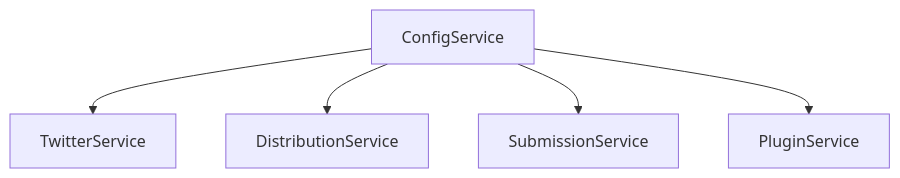
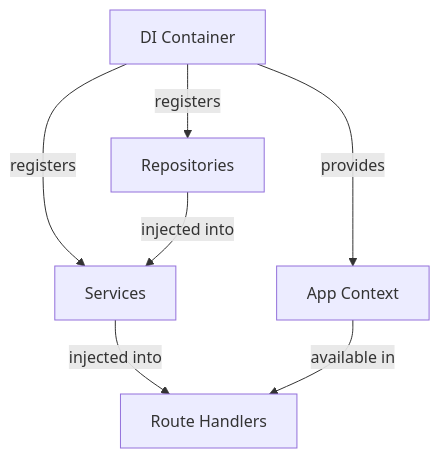
Before and after one commit to PotLock/curatedotfun: the second of 5 diagrams in memory-bank/systemPatterns.md, drawn with Mermaid. The commit also changed other lines of this file and 24 other files, not shown here.

````diff
--- a/memory-bank/systemPatterns.md
+++ b/memory-bank/systemPatterns.md
@@ -116,7 +160,10 @@
 ```mermaid
 graph TD
-    Config[ConfigService] --> Twitter[TwitterService]
-    Config --> Distribution[DistributionService]
-    Config --> Submission[SubmissionService]
-    Config --> Plugin[PluginService]
+    Container[DI Container] --> |registers| Repositories[Repositories]
+    Container --> |registers| Services[Services]
+    Container --> |provides| AppContext[App Context]
+    
+    Repositories --> |injected into| Services
+    Services --> |injected into| Routes[Route Handlers]
+    AppContext --> |available in| Routes
 ```
````
